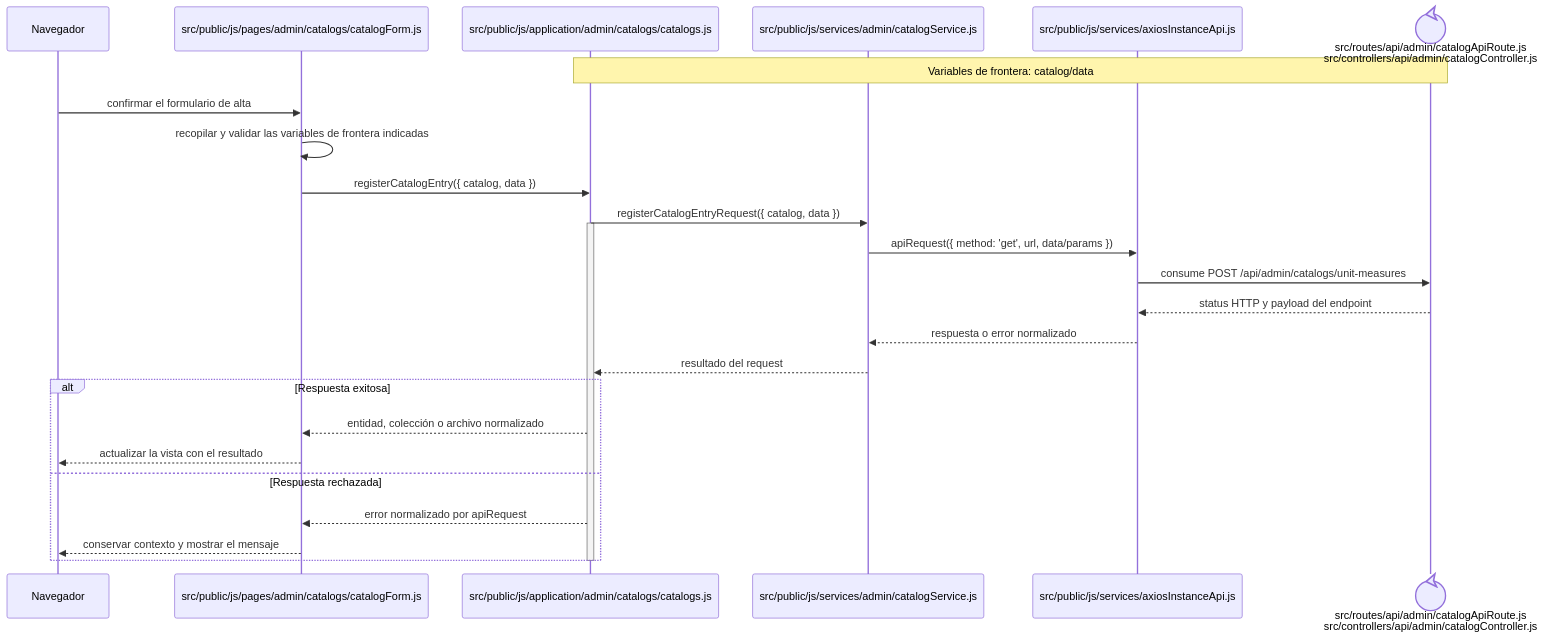
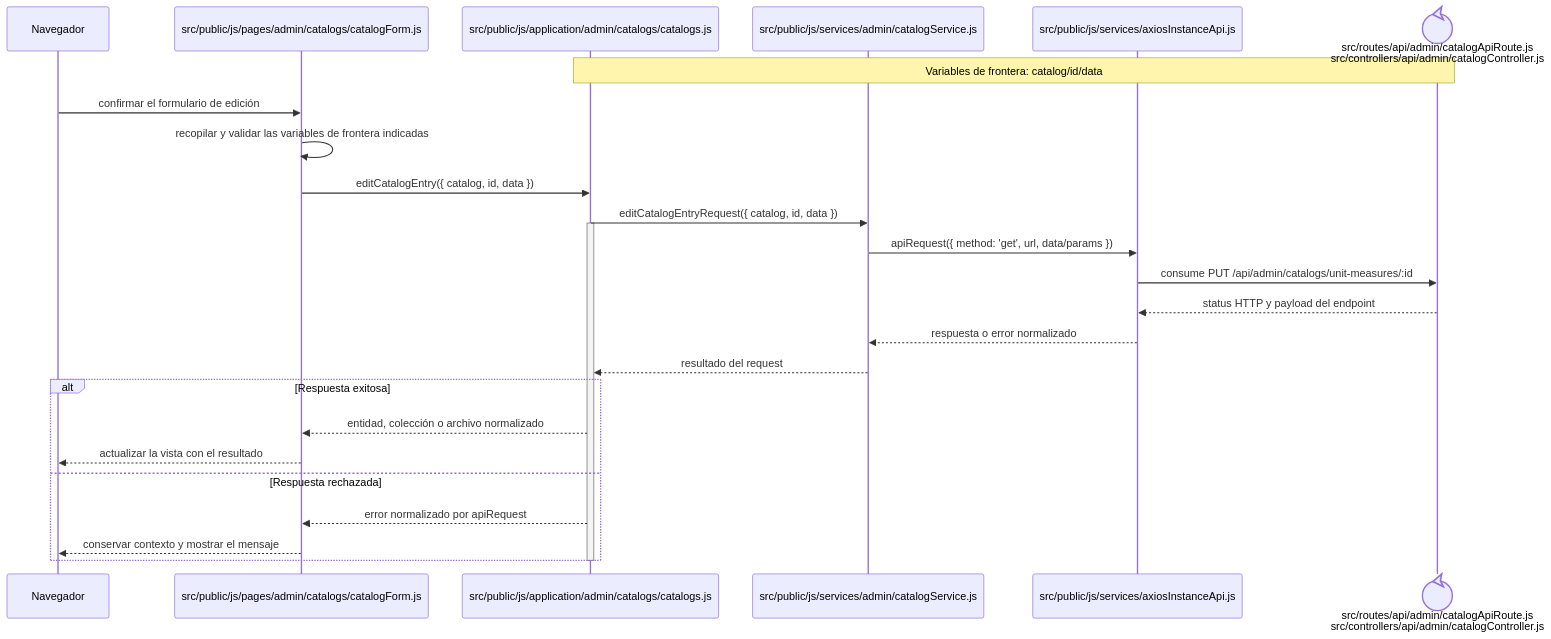
The diagram in docs/architecture/frontend-code-sequences/catalogs/cu-cat-20.md (gpgsistemas01/nexus), drawn with Mermaid before and after one commit. The commit also changed other lines of this file and 167 other files, not shown here.

````diff
--- a/docs/architecture/frontend-code-sequences/catalogs/cu-cat-20.md
+++ b/docs/architecture/frontend-code-sequences/catalogs/cu-cat-20.md
@@ -6,29 +6,29 @@
 ```mermaid
 sequenceDiagram
     participant Browser as Navegador
     participant View as src/public/js/pages/admin/catalogs/catalogForm.js
     participant Application as src/public/js/application/admin/catalogs/catalogs.js
     participant Request as src/public/js/services/admin/catalogService.js
     participant HTTP as src/public/js/services/axiosInstanceApi.js
     participant Transport@{ "type": "control" } as src/routes/api/admin/catalogApiRoute.js<br/>src/controllers/api/admin/catalogController.js
-    Note over Application,Transport: Variables de frontera: catalog/data
+    Note over Application,Transport: Variables de frontera: catalog/id/data
 
-    Browser->>View: confirmar el formulario de alta
+    Browser->>View: confirmar el formulario de edición
     View->>View: recopilar y validar las variables de frontera indicadas
-    View->>Application: registerCatalogEntry({ catalog, data })
-    Application->>Request: registerCatalogEntryRequest({ catalog, data })
+    View->>Application: editCatalogEntry({ catalog, id, data })
+    Application->>Request: editCatalogEntryRequest({ catalog, id, data })
     activate Application
     Request->>HTTP: apiRequest({ method: 'get', url, data/params })
-    HTTP->>Transport: consume POST /api/admin/catalogs/unit-measures
+    HTTP->>Transport: consume PUT /api/admin/catalogs/unit-measures/:id
     Transport-->>HTTP: status HTTP y payload del endpoint
     HTTP-->>Request: respuesta o error normalizado
     Request-->>Application: resultado del request
     alt Respuesta exitosa
         Application-->>View: entidad, colección o archivo normalizado
         View-->>Browser: actualizar la vista con el resultado
     else Respuesta rechazada
         Application-->>View: error normalizado por apiRequest
         View-->>Browser: conservar contexto y mostrar el mensaje
     end
     deactivate Application
 ```
````
